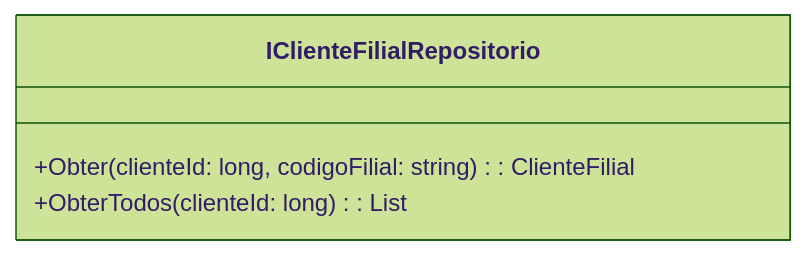
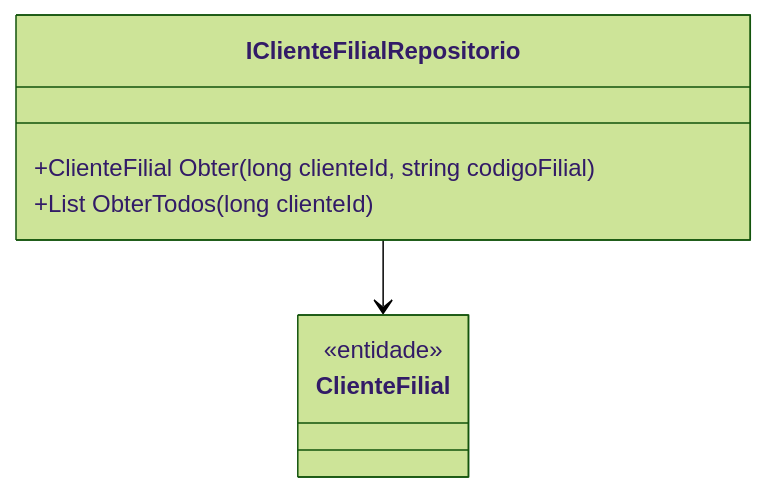
The diagram in docs/b2b-dominio/IsthmusWinthor.Nucleo/IsthmusWinthor.Dominio/Interfaces/IClienteFilialRepositorio.md (IsthmusSistemas/documentacao-tecnica), drawn with Mermaid (forest theme) before and after one commit. The commit also changed other lines of this file and 882 other files, not shown here.

````diff
--- a/docs/b2b-dominio/IsthmusWinthor.Nucleo/IsthmusWinthor.Dominio/Interfaces/IClienteFilialRepositorio.md
+++ b/docs/b2b-dominio/IsthmusWinthor.Nucleo/IsthmusWinthor.Dominio/Interfaces/IClienteFilialRepositorio.md
@@ -36,7 +34,12 @@
 ```mermaid
 classDiagram
     class IClienteFilialRepositorio {
-        +Obter(clienteId: long, codigoFilial: string): ClienteFilial
-        +ObterTodos(clienteId: long): List<ClienteFilial>
+        +ClienteFilial Obter(long clienteId, string codigoFilial)
+        +List<ClienteFilial> ObterTodos(long clienteId)
     }
-```
+    class ClienteFilial {
+        <<entidade>>
+    }
+    
+    IClienteFilialRepositorio --> ClienteFilial
+``` 
````
